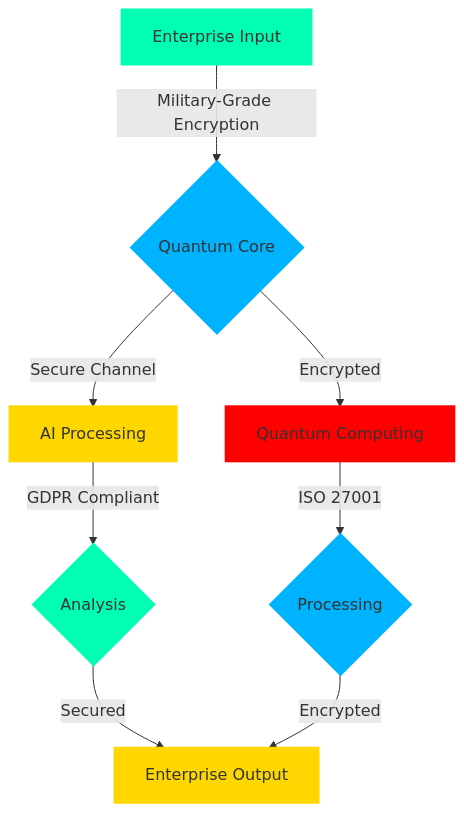
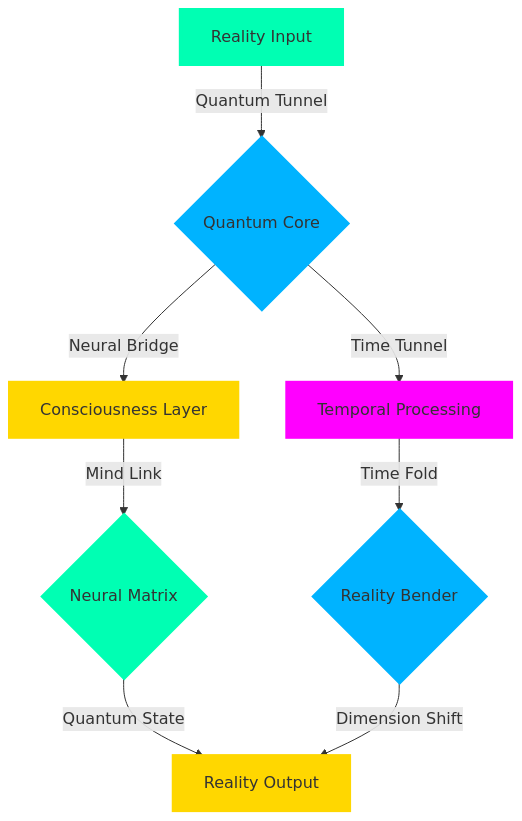
Before and after one commit to mohammadrmmr2003/rubikatelbot: the diagram in README.md, drawn with Mermaid. The commit also changed other lines of this file, not shown here.

````diff
--- a/README.md
+++ b/README.md
@@ -122,18 +133,18 @@
 ```mermaid
 graph TD
-    A[Enterprise Input] -->|Military-Grade Encryption| B{Quantum Core}
-    B -->|Secure Channel| C[AI Processing]
-    B -->|Encrypted| D[Quantum Computing]
-    C -->|GDPR Compliant| E{Analysis}
-    D -->|ISO 27001| F{Processing}
-    E -->|Secured| G[Enterprise Output]
-    F -->|Encrypted| G
+    A[Reality Input] -->|Quantum Tunnel| B{Quantum Core}
+    B -->|Neural Bridge| C[Consciousness Layer]
+    B -->|Time Tunnel| D[Temporal Processing]
+    C -->|Mind Link| E{Neural Matrix}
+    D -->|Time Fold| F{Reality Bender}
+    E -->|Quantum State| G[Reality Output]
+    F -->|Dimension Shift| G
     
-    style A fill:#00FFB3,stroke:#00FFB3,stroke-width:3px
-    style B fill:#00B3FF,stroke:#00B3FF,stroke-width:3px
-    style C fill:#FFD700,stroke:#FFD700,stroke-width:3px
-    style D fill:#FF0000,stroke:#FF0000,stroke-width:3px
-    style E fill:#00FFB3,stroke:#00FFB3,stroke-width:3px
-    style F fill:#00B3FF,stroke:#00B3FF,stroke-width:3px
-    style G fill:#FFD700,stroke:#FFD700,stroke-width:3px
+    style A fill:#00FFB3,stroke:#00FFB3,stroke-width:4px
+    style B fill:#00B3FF,stroke:#00B3FF,stroke-width:4px
+    style C fill:#FFD700,stroke:#FFD700,stroke-width:4px
+    style D fill:#FF00FF,stroke:#FF00FF,stroke-width:4px
+    style E fill:#00FFB3,stroke:#00FFB3,stroke-width:4px
+    style F fill:#00B3FF,stroke:#00B3FF,stroke-width:4px
+    style G fill:#FFD700,stroke:#FFD700,stroke-width:4px
 ```
````
